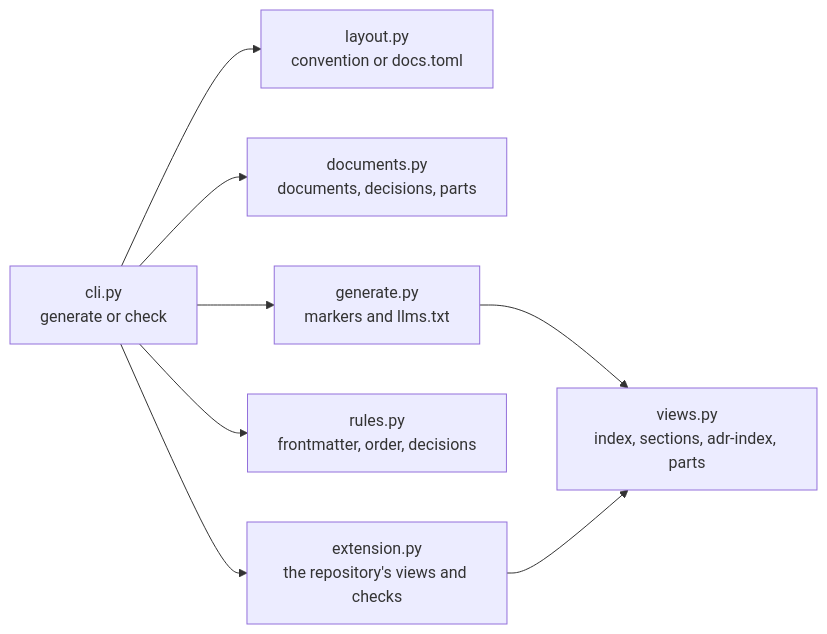
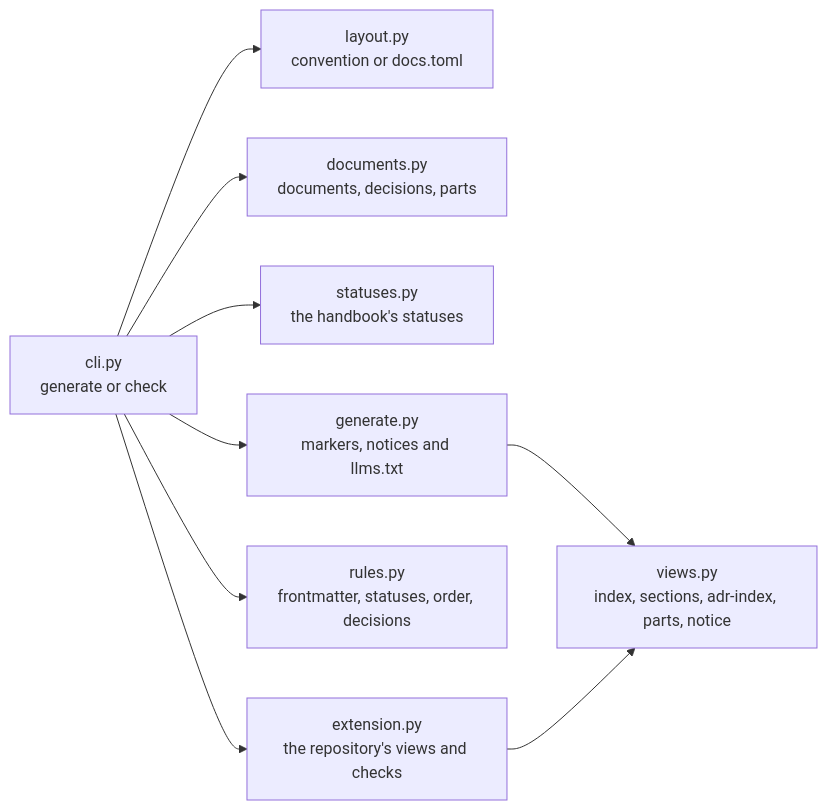
The diagram in src/documentation/README.md (ByteLibrary/reusable-ci-workflows), drawn with Mermaid before and after one commit. The commit also changed other lines of this file and 11 other files, not shown here.

First line of the commit message:
feat(documentation): read statuses and the proposal notice from the handbook

````diff
--- a/src/documentation/README.md
+++ b/src/documentation/README.md
@@ -11,10 +12,11 @@
 ```mermaid
 flowchart LR
   cli["cli.py<br/>generate or check"] --> layout["layout.py<br/>convention or docs.toml"]
   cli --> documents["documents.py<br/>documents, decisions, parts"]
+  cli --> statuses["statuses.py<br/>the handbook's statuses"]
   cli --> extension["extension.py<br/>the repository's views and checks"]
-  cli --> rules["rules.py<br/>frontmatter, order, decisions"]
-  cli --> generate["generate.py<br/>markers and llms.txt"]
-  generate --> views["views.py<br/>index, sections, adr-index, parts"]
+  cli --> rules["rules.py<br/>frontmatter, statuses, order, decisions"]
+  cli --> generate["generate.py<br/>markers, notices and llms.txt"]
+  generate --> views["views.py<br/>index, sections, adr-index, parts, notice"]
   extension --> views
 ```
````
